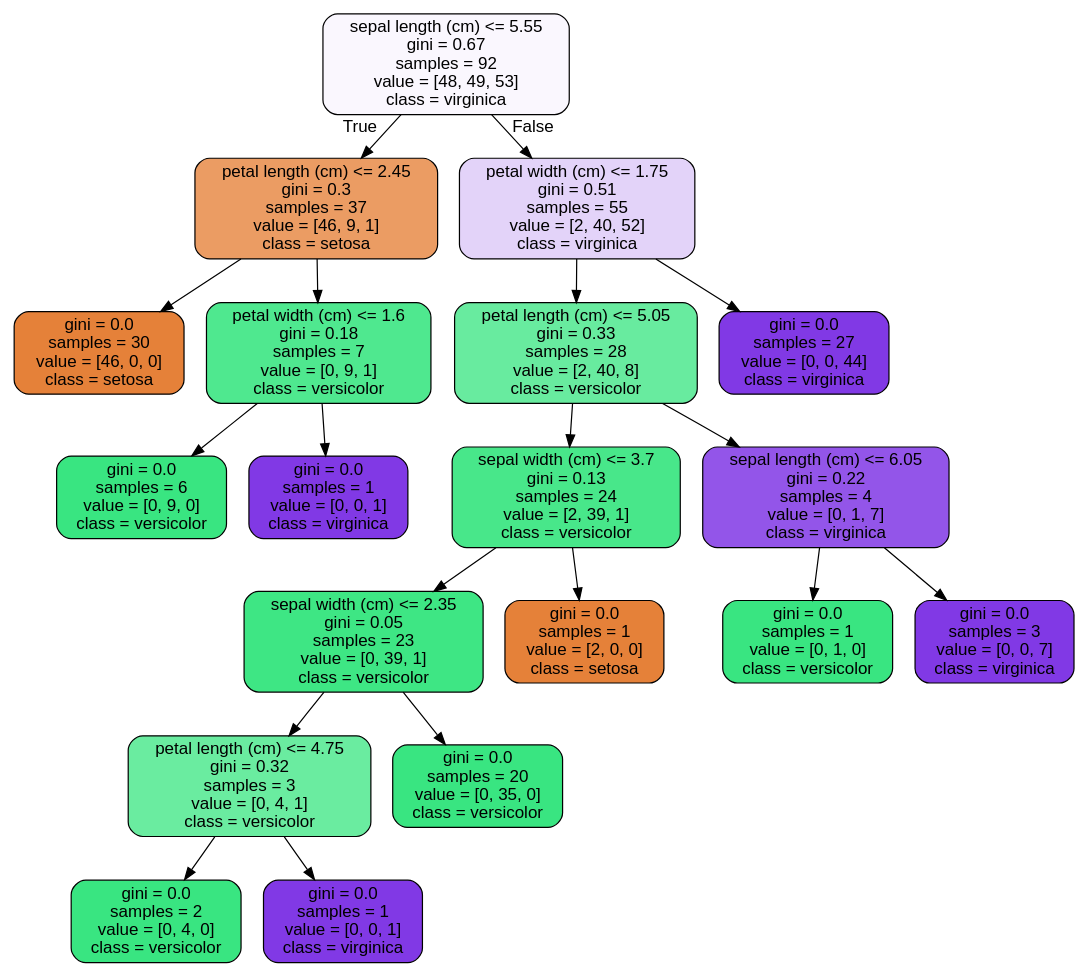
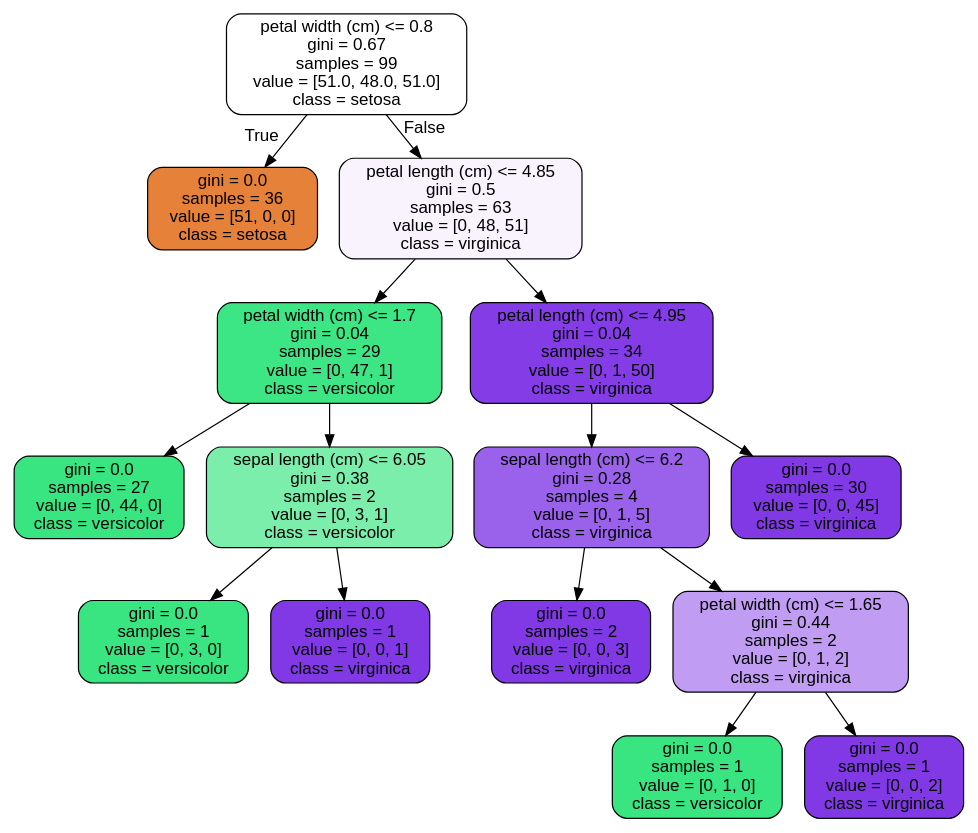
Before and after one commit to bonisadar/Data-Science-bootcamp: the diagram in RandomForest_Covid_Case_Study/tree.dot, drawn with Graphviz. The commit also changed 3 other files, not shown here.

```diff
--- a/RandomForest_Covid_Case_Study/tree.dot
+++ b/RandomForest_Covid_Case_Study/tree.dot
@@ -1,41 +1,33 @@
 digraph Tree {
 node [shape=box, style="filled, rounded", color="black", fontname="helvetica"] ;
 edge [fontname="helvetica"] ;
-0 [label="sepal length (cm) <= 5.55\ngini = 0.67\nsamples = 92\nvalue = [48, 49, 53]\nclass = virginica", fillcolor="#faf7fe"] ;
-1 [label="petal length (cm) <= 2.45\ngini = 0.3\nsamples = 37\nvalue = [46, 9, 1]\nclass = setosa", fillcolor="#eb9c63"] ;
+0 [label="petal width (cm) <= 0.8\ngini = 0.67\nsamples = 99\nvalue = [51.0, 48.0, 51.0]\nclass = setosa", fillcolor="#ffffff"] ;
+1 [label="gini = 0.0\nsamples = 36\nvalue = [51, 0, 0]\nclass = setosa", fillcolor="#e58139"] ;
 0 -> 1 [labeldistance=2.5, labelangle=45, headlabel="True"] ;
-2 [label="gini = 0.0\nsamples = 30\nvalue = [46, 0, 0]\nclass = setosa", fillcolor="#e58139"] ;
-1 -> 2 ;
-3 [label="petal width (cm) <= 1.6\ngini = 0.18\nsamples = 7\nvalue = [0, 9, 1]\nclass = versicolor", fillcolor="#4fe88f"] ;
-1 -> 3 ;
-4 [label="gini = 0.0\nsamples = 6\nvalue = [0, 9, 0]\nclass = versicolor", fillcolor="#39e581"] ;
+2 [label="petal length (cm) <= 4.85\ngini = 0.5\nsamples = 63\nvalue = [0, 48, 51]\nclass = virginica", fillcolor="#f8f3fd"] ;
+0 -> 2 [labeldistance=2.5, labelangle=-45, headlabel="False"] ;
+3 [label="petal width (cm) <= 1.7\ngini = 0.04\nsamples = 29\nvalue = [0, 47, 1]\nclass = versicolor", fillcolor="#3de684"] ;
+2 -> 3 ;
+4 [label="gini = 0.0\nsamples = 27\nvalue = [0, 44, 0]\nclass = versicolor", fillcolor="#39e581"] ;
 3 -> 4 ;
-5 [label="gini = 0.0\nsamples = 1\nvalue = [0, 0, 1]\nclass = virginica", fillcolor="#8139e5"] ;
+5 [label="sepal length (cm) <= 6.05\ngini = 0.38\nsamples = 2\nvalue = [0, 3, 1]\nclass = versicolor", fillcolor="#7beeab"] ;
 3 -> 5 ;
-6 [label="petal width (cm) <= 1.75\ngini = 0.51\nsamples = 55\nvalue = [2, 40, 52]\nclass = virginica", fillcolor="#e3d3f9"] ;
-0 -> 6 [labeldistance=2.5, labelangle=-45, headlabel="False"] ;
-7 [label="petal length (cm) <= 5.05\ngini = 0.33\nsamples = 28\nvalue = [2, 40, 8]\nclass = versicolor", fillcolor="#68eb9f"] ;
-6 -> 7 ;
-8 [label="sepal width (cm) <= 3.7\ngini = 0.13\nsamples = 24\nvalue = [2, 39, 1]\nclass = versicolor", fillcolor="#48e78a"] ;
-7 -> 8 ;
-9 [label="sepal width (cm) <= 2.35\ngini = 0.05\nsamples = 23\nvalue = [0, 39, 1]\nclass = versicolor", fillcolor="#3ee684"] ;
+6 [label="gini = 0.0\nsamples = 1\nvalue = [0, 3, 0]\nclass = versicolor", fillcolor="#39e581"] ;
+5 -> 6 ;
+7 [label="gini = 0.0\nsamples = 1\nvalue = [0, 0, 1]\nclass = virginica", fillcolor="#8139e5"] ;
+5 -> 7 ;
+8 [label="petal length (cm) <= 4.95\ngini = 0.04\nsamples = 34\nvalue = [0, 1, 50]\nclass = virginica", fillcolor="#843de6"] ;
+2 -> 8 ;
+9 [label="sepal length (cm) <= 6.2\ngini = 0.28\nsamples = 4\nvalue = [0, 1, 5]\nclass = virginica", fillcolor="#9a61ea"] ;
 8 -> 9 ;
-10 [label="petal length (cm) <= 4.75\ngini = 0.32\nsamples = 3\nvalue = [0, 4, 1]\nclass = versicolor", fillcolor="#6aeca0"] ;
+10 [label="gini = 0.0\nsamples = 2\nvalue = [0, 0, 3]\nclass = virginica", fillcolor="#8139e5"] ;
 9 -> 10 ;
-11 [label="gini = 0.0\nsamples = 2\nvalue = [0, 4, 0]\nclass = versicolor", fillcolor="#39e581"] ;
-10 -> 11 ;
-12 [label="gini = 0.0\nsamples = 1\nvalue = [0, 0, 1]\nclass = virginica", fillcolor="#8139e5"] ;
-10 -> 12 ;
-13 [label="gini = 0.0\nsamples = 20\nvalue = [0, 35, 0]\nclass = versicolor", fillcolor="#39e581"] ;
-9 -> 13 ;
-14 [label="gini = 0.0\nsamples = 1\nvalue = [2, 0, 0]\nclass = setosa", fillcolor="#e58139"] ;
+11 [label="petal width (cm) <= 1.65\ngini = 0.44\nsamples = 2\nvalue = [0, 1, 2]\nclass = virginica", fillcolor="#c09cf2"] ;
+9 -> 11 ;
+12 [label="gini = 0.0\nsamples = 1\nvalue = [0, 1, 0]\nclass = versicolor", fillcolor="#39e581"] ;
+11 -> 12 ;
+13 [label="gini = 0.0\nsamples = 1\nvalue = [0, 0, 2]\nclass = virginica", fillcolor="#8139e5"] ;
+11 -> 13 ;
+14 [label="gini = 0.0\nsamples = 30\nvalue = [0, 0, 45]\nclass = virginica", fillcolor="#8139e5"] ;
 8 -> 14 ;
-15 [label="sepal length (cm) <= 6.05\ngini = 0.22\nsamples = 4\nvalue = [0, 1, 7]\nclass = virginica", fillcolor="#9355e9"] ;
-7 -> 15 ;
-16 [label="gini = 0.0\nsamples = 1\nvalue = [0, 1, 0]\nclass = versicolor", fillcolor="#39e581"] ;
-15 -> 16 ;
-17 [label="gini = 0.0\nsamples = 3\nvalue = [0, 0, 7]\nclass = virginica", fillcolor="#8139e5"] ;
-15 -> 17 ;
-18 [label="gini = 0.0\nsamples = 27\nvalue = [0, 0, 44]\nclass = virginica", fillcolor="#8139e5"] ;
-6 -> 18 ;
 }
```
